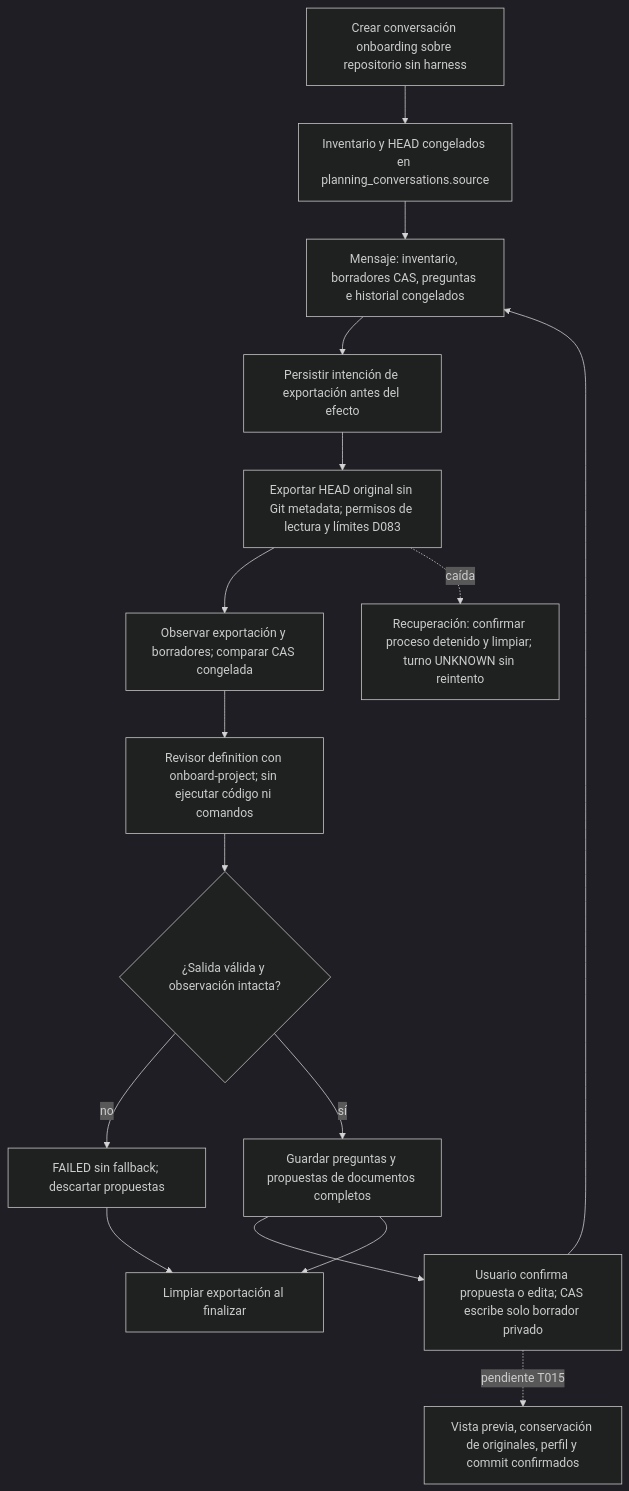
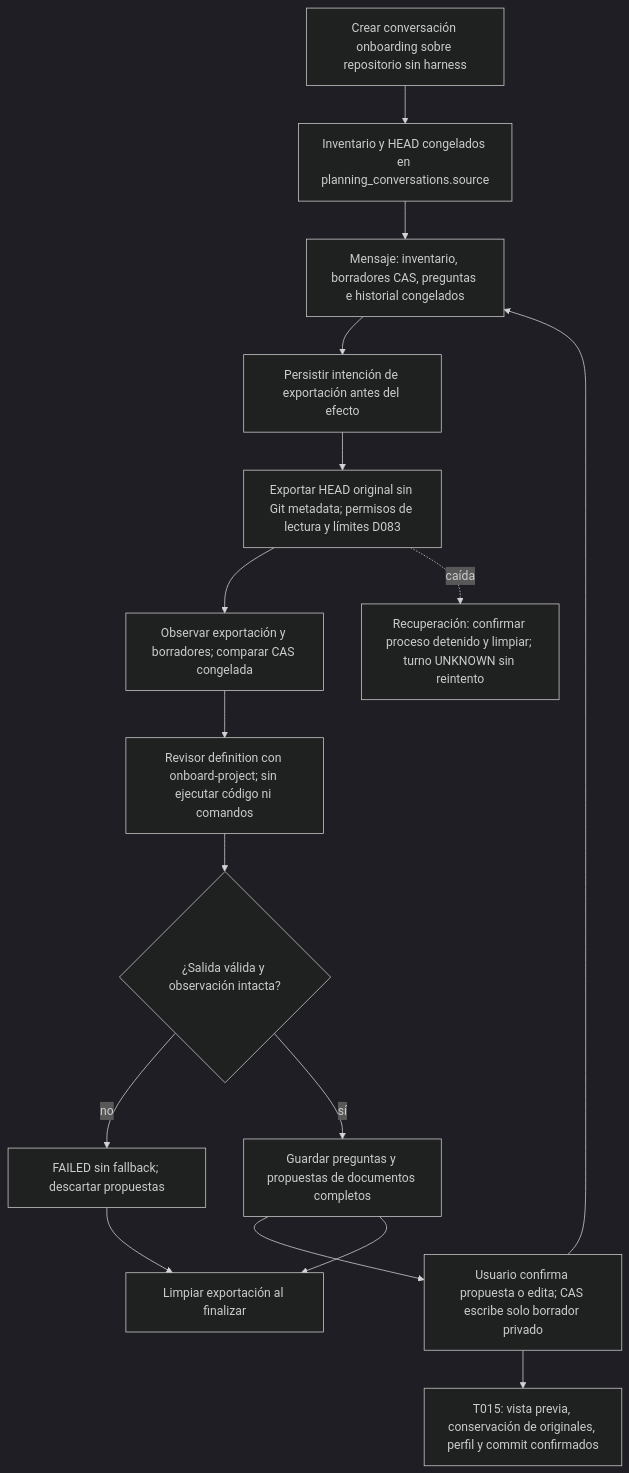
Before and after one commit to AcostaDDev/my-harness-archive: the second of 3 diagrams in docs/flows/project-onboarding.md, drawn with Mermaid (dark theme). The commit also changed other lines of this file and 29 other files, not shown here.

Commit message:
feat: confirm Flow B onboarding with recoverable commits (D103, P008-T015)

````diff
--- a/docs/flows/project-onboarding.md
+++ b/docs/flows/project-onboarding.md
@@ -55,18 +55,18 @@
 ```mermaid
 flowchart TD
     A["Crear conversación onboarding sobre repositorio sin harness"] --> B["Inventario y HEAD congelados en planning_conversations.source"]
     B --> C["Mensaje: inventario, borradores CAS, preguntas e historial congelados"]
     C --> D["Persistir intención de exportación antes del efecto"]
     D --> E["Exportar HEAD original sin Git metadata; permisos de lectura y límites D083"]
     E --> F["Observar exportación y borradores; comparar CAS congelada"]
     F --> G["Revisor definition con onboard-project; sin ejecutar código ni comandos"]
     G --> H{"¿Salida válida y observación intacta?"}
     H -- no --> I["FAILED sin fallback; descartar propuestas"]
     H -- sí --> J["Guardar preguntas y propuestas de documentos completos"]
     J --> K["Usuario confirma propuesta o edita; CAS escribe solo borrador privado"]
     K --> C
     J --> L["Limpiar exportación al finalizar"]
     I --> L
     E -. caída .-> M["Recuperación: confirmar proceso detenido y limpiar; turno UNKNOWN sin reintento"]
-    K -. pendiente T015 .-> N["Vista previa, conservación de originales, perfil y commit confirmados"]
+    K --> N["T015: vista previa, conservación de originales, perfil y commit confirmados"]
 ```
````
